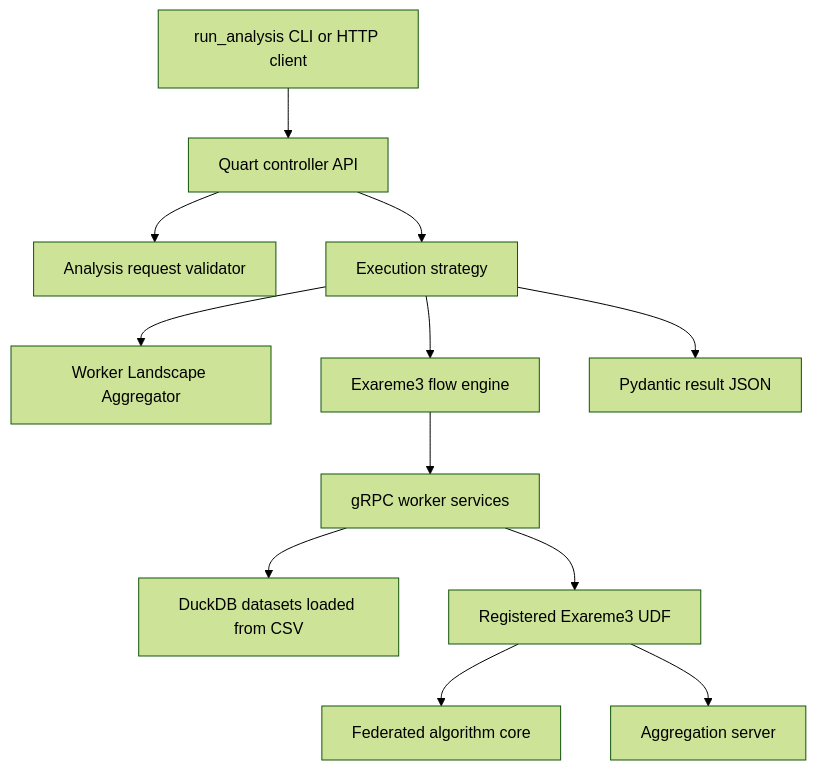
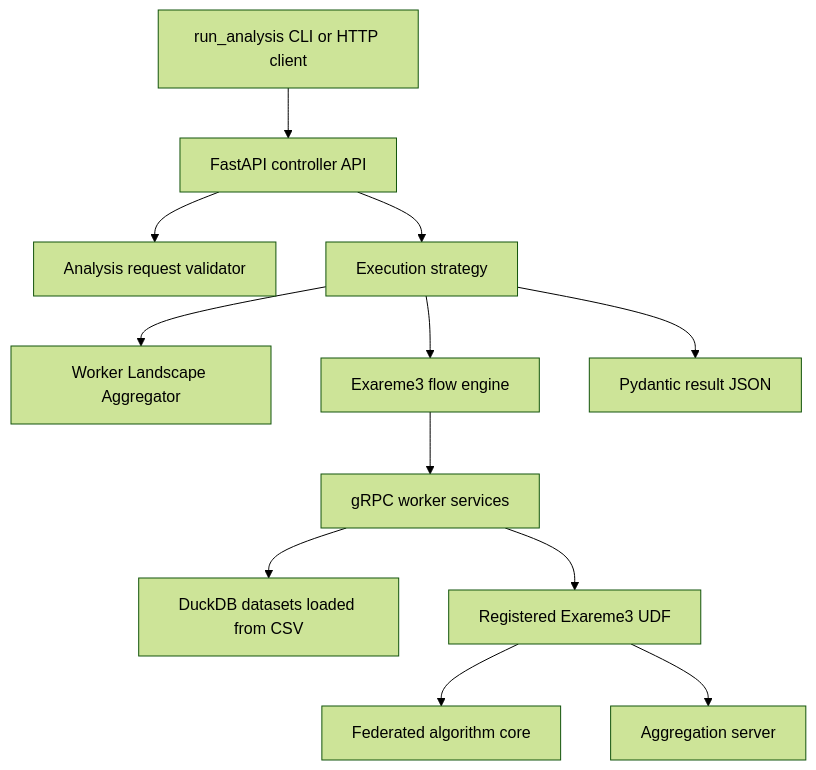
Before and after one commit to madgik/exaflow: the diagram in documentation/context/architecture.md, drawn with Mermaid (forest theme). The commit also changed other lines of this file and 32 other files, not shown here.

First line of the commit message:
feat(controller): serve the API with FastAPI

````diff
--- a/documentation/context/architecture.md
+++ b/documentation/context/architecture.md
@@ -15,14 +15,14 @@
 ```mermaid
 flowchart TD
-  CLI[run_analysis CLI or HTTP client] --> API[Quart controller API]
+  CLI[run_analysis CLI or HTTP client] --> API[FastAPI controller API]
   API --> Validator[Analysis request validator]
   API --> Strategy[Execution strategy]
   Strategy --> WLA[Worker Landscape Aggregator]
   Strategy --> Engine[Exareme3 flow engine]
   Engine --> Workers[gRPC worker services]
   Workers --> DuckDB[DuckDB datasets loaded from CSV]
   Workers --> UDF[Registered Exareme3 UDF]
   UDF --> Core[Federated algorithm core]
   UDF --> Agg[Aggregation server]
   Strategy --> Response[Pydantic result JSON]
 ```
````
